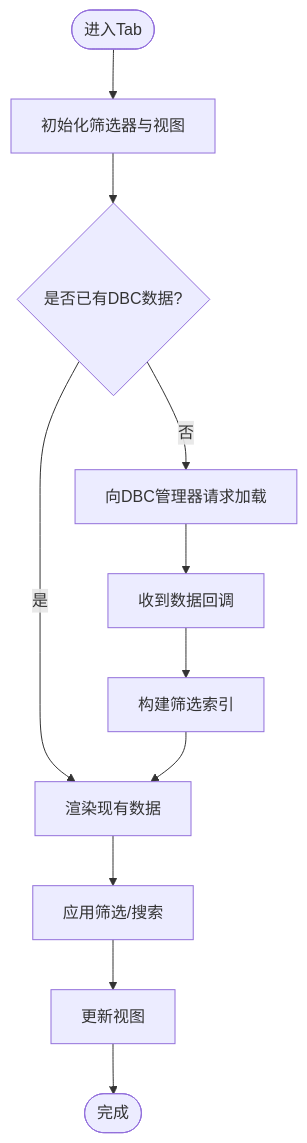
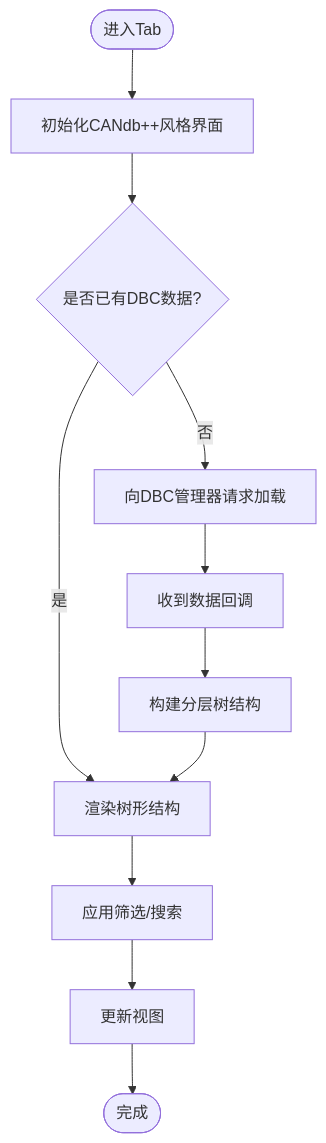
Before and after one commit to jakecai1225-design/OpenBus: the third of 5 diagrams in .qoder/repowiki/zh/content/架构设计/UI系统设计/数据库详情Tab组件.md, drawn with Mermaid. The commit also changed other lines of this file and 109 other files, not shown here.

````diff
--- a/.qoder/repowiki/zh/content/架构设计/UI系统设计/数据库详情Tab组件.md
+++ b/.qoder/repowiki/zh/content/架构设计/UI系统设计/数据库详情Tab组件.md
@@ -131,13 +134,13 @@
 ```mermaid
 flowchart TD
-Start(["进入Tab"]) --> Init["初始化筛选器与视图"]
+Start(["进入Tab"]) --> Init["初始化CANdb++风格界面"]
 Init --> Load{"是否已有DBC数据?"}
 Load --> |否| Request["向DBC管理器请求加载"]
-Load --> |是| Render["渲染现有数据"]
+Load --> |是| Render["渲染树形结构"]
 Request --> OnData["收到数据回调"]
-OnData --> BuildIndex["构建筛选索引"]
-BuildIndex --> Render
+OnData --> BuildTree["构建分层树结构"]
+BuildTree --> Render
 Render --> Filter["应用筛选/搜索"]
 Filter --> UpdateView["更新视图"]
 UpdateView --> End(["完成"])
 ```
````
